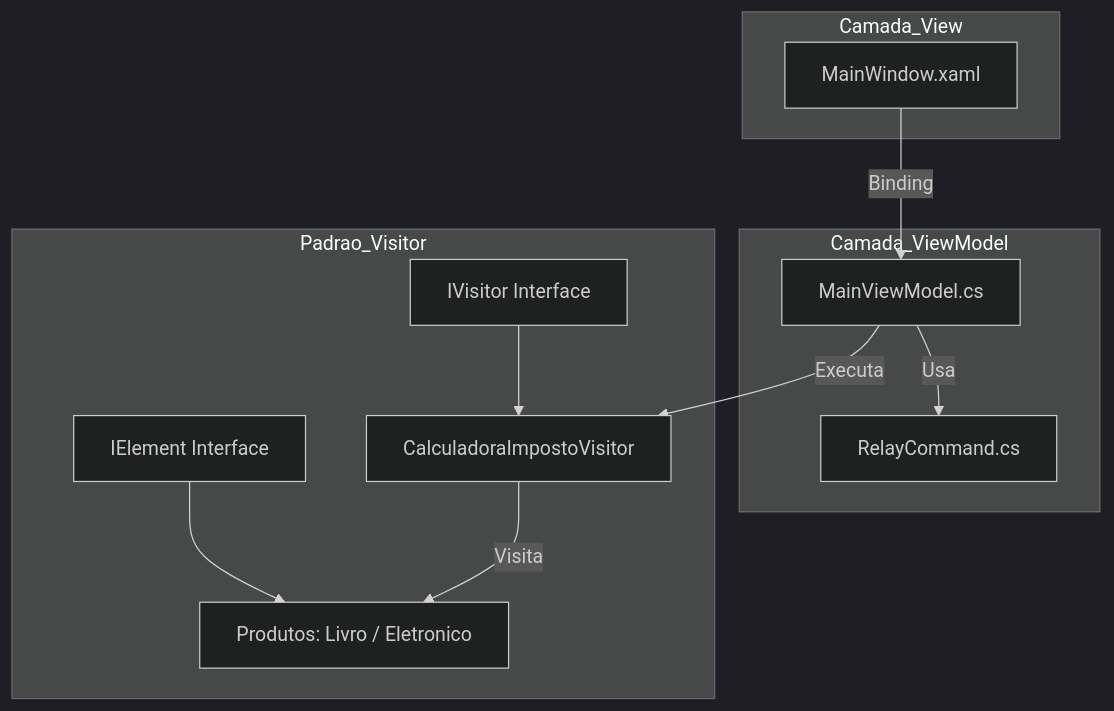
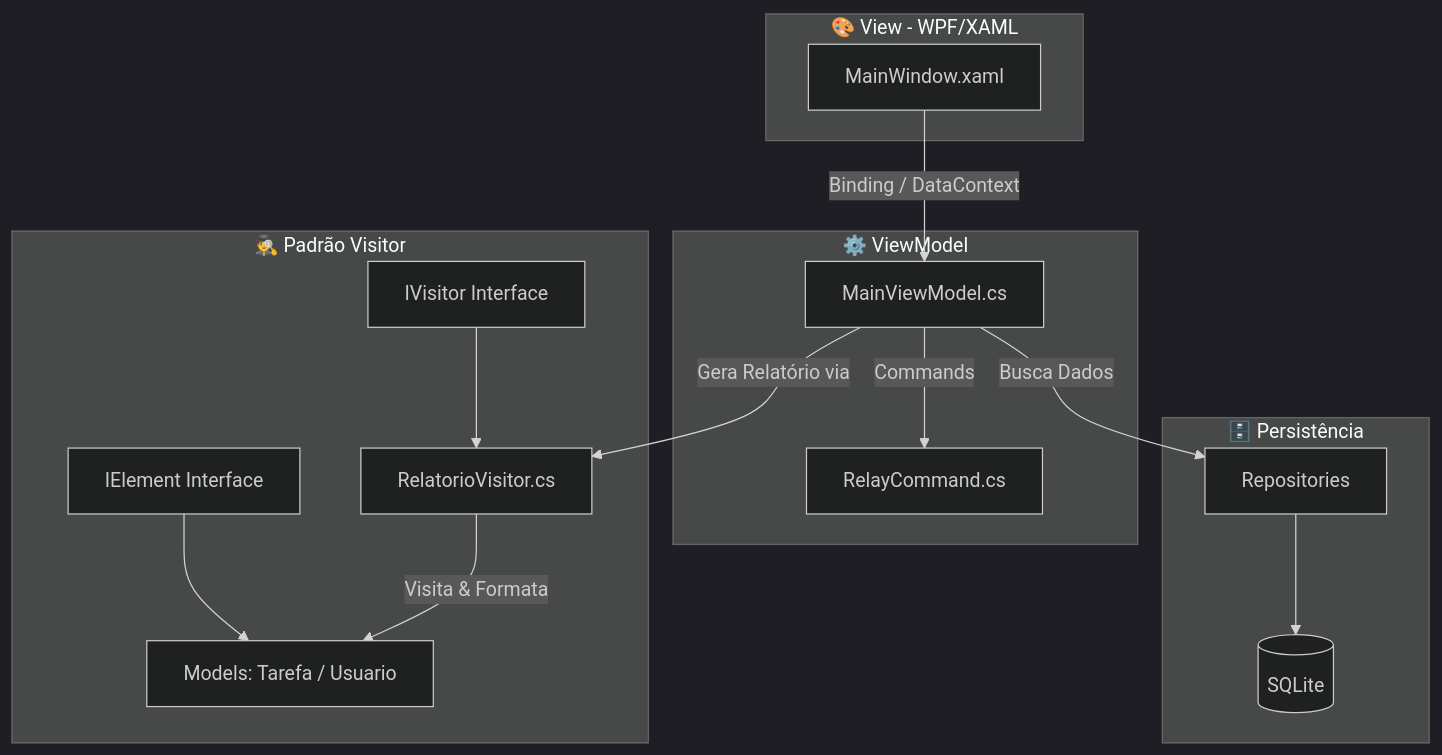
The diagram in README.md (aliceandradee/Projeto-Design-Pattern-Visitor), drawn with Mermaid (dark theme) before and after one commit.

Commit message:
Correção da imagem da Arquitetura do Projeto

````diff
--- a/README.md
+++ b/README.md
@@ -41,21 +41,27 @@
 ```mermaid
 graph TD
-    subgraph Camada_View
+    subgraph Camada_View [🎨 View - WPF/XAML]
         MW[MainWindow.xaml]
     end
     
-    subgraph Camada_ViewModel
+    subgraph Camada_ViewModel [⚙️ ViewModel]
         MVM[MainViewModel.cs]
         RC[RelayCommand.cs]
     end
     
-    subgraph Padrao_Visitor
-        IV[IVisitor Interface] --> CV[CalculadoraImpostoVisitor]
-        IE[IElement Interface] --> Prod[Produtos: Livro / Eletronico]
+    subgraph Padrao_Visitor [🕵️ Padrão Visitor]
+        IV[IVisitor Interface] --> RV[RelatorioVisitor.cs]
+        IE[IElement Interface] --> Models[Models: Tarefa / Usuario]
+    end
+
+    subgraph Camada_Data [🗄️ Persistência]
+        REP[Repositories] --> DB[(SQLite)]
     end
     
-    MW -->|Binding| MVM
-    MVM -->|Usa| RC
-    MVM -->|Executa| CV
-    CV -->|Visita| Prod
+    %% Relacionamentos
+    MW -->|Binding / DataContext| MVM
+    MVM -->|Commands| RC
+    MVM -->|Gera Relatório via| RV
+    MVM -->|Busca Dados| REP
+    RV -->|Visita & Formata| Models
 ```
````
